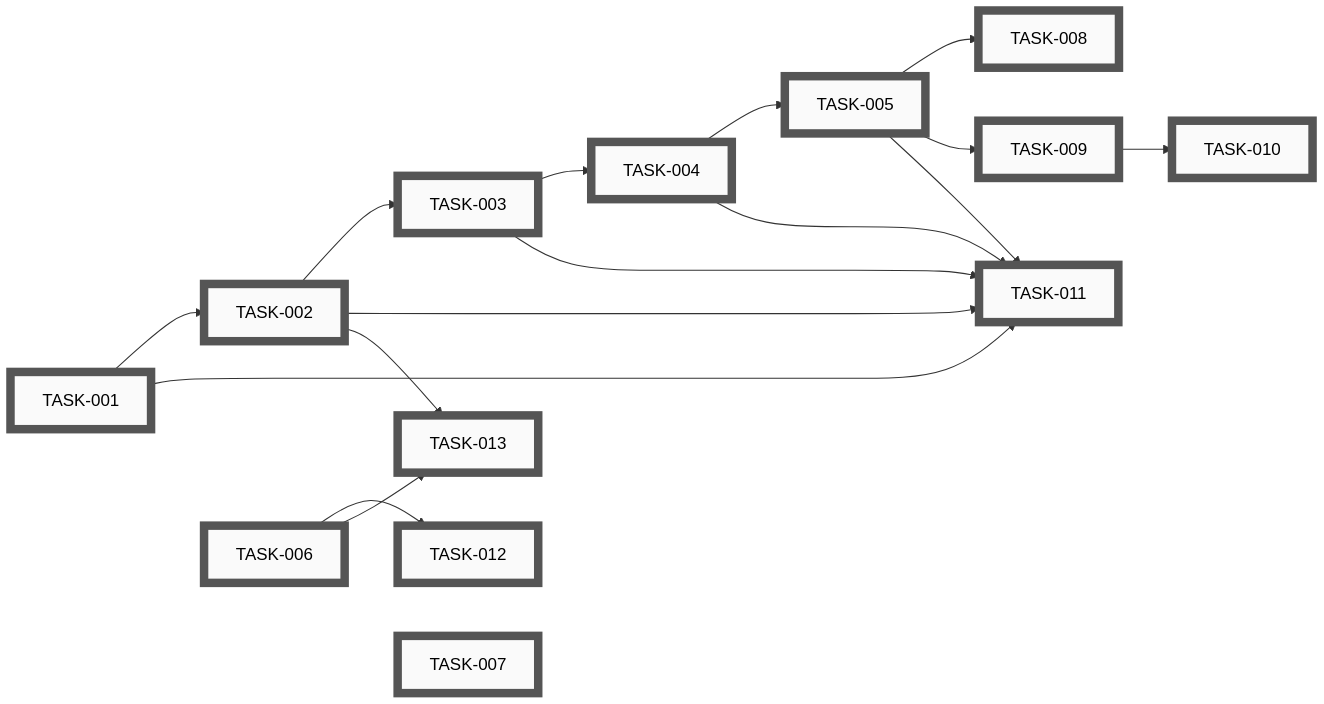
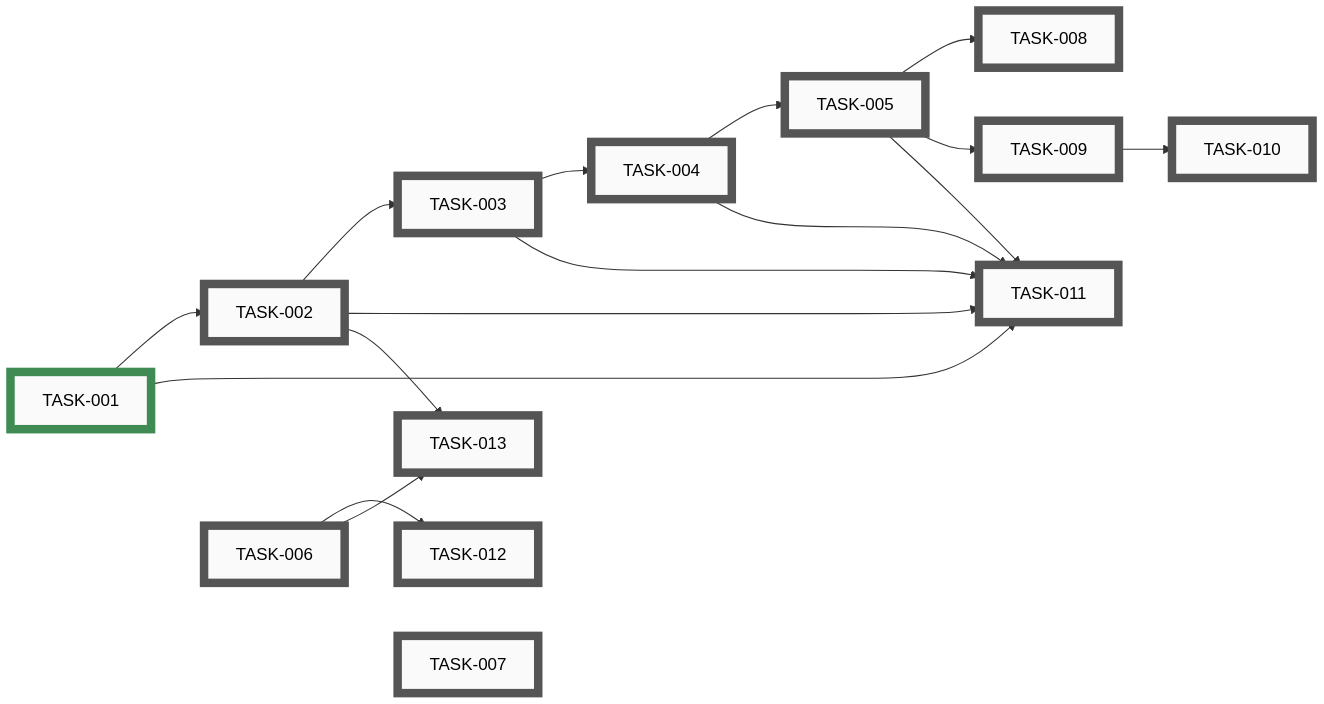
The diagram in docs/developers/tasks/EPICS.md (tgd1975/PartsLedger), drawn with Mermaid before and after one commit. The commit also changed other lines of this file and 35 other files, not shown here.

First line of the commit message:
close TASK-001: Delete awesome-task-system/ and scripts/sync_task_system.py

````diff
--- a/docs/developers/tasks/EPICS.md
+++ b/docs/developers/tasks/EPICS.md
@@ -21,53 +21,53 @@
 ```mermaid
 graph LR
-    TASK_001["TASK-001"]:::open
     TASK_002["TASK-002"]:::open
     TASK_003["TASK-003"]:::open
     TASK_004["TASK-004"]:::open
     TASK_005["TASK-005"]:::open
     TASK_006["TASK-006"]:::open
     TASK_007["TASK-007"]:::open
     TASK_008["TASK-008"]:::open
     TASK_009["TASK-009"]:::open
     TASK_010["TASK-010"]:::open
     TASK_011["TASK-011"]:::open
     TASK_012["TASK-012"]:::open
     TASK_013["TASK-013"]:::open
+    TASK_001["TASK-001"]:::closed
     TASK_001 --> TASK_002
     TASK_002 --> TASK_003
     TASK_003 --> TASK_004
     TASK_004 --> TASK_005
     TASK_005 --> TASK_008
     TASK_005 --> TASK_009
     TASK_009 --> TASK_010
     TASK_001 --> TASK_011
     TASK_002 --> TASK_011
     TASK_003 --> TASK_011
     TASK_004 --> TASK_011
     TASK_005 --> TASK_011
     TASK_006 --> TASK_012
     TASK_002 --> TASK_013
     TASK_006 --> TASK_013
     TASK_001 ~~~ TASK_006 ~~~ TASK_007
-    click TASK_001 "open/task-001-delete-sync-layer.md"
     click TASK_002 "open/task-002-python-skeleton.md"
     click TASK_003 "open/task-003-replace-pre-commit.md"
     click TASK_004 "open/task-004-upgrade-commit-skill.md"
     click TASK_005 "open/task-005-settings-json.md"
     click TASK_006 "open/task-006-docs-verbatim-port.md"
     click TASK_007 "open/task-007-architecture-doc.md"
     click TASK_008 "open/task-008-security-review-hooks.md"
     click TASK_009 "open/task-009-codeowner-mechanism.md"
     click TASK_010 "open/task-010-codeowner-starter-skills.md"
     click TASK_011 "open/task-011-claude-md-rewrite.md"
     click TASK_012 "open/task-012-epic-run-and-autonomy.md"
     click TASK_013 "open/task-013-apply-branch-protection.md"
+    click TASK_001 "closed/task-001-delete-sync-layer.md"
     classDef open    fill:#FAFAFA,stroke:#555,stroke-width:8px,color:#000
     classDef active  fill:#FAFAFA,stroke:#1A6FA8,stroke-width:8px,color:#000
     classDef closed  fill:#FAFAFA,stroke:#3F8B53,stroke-width:8px,color:#000
     classDef paused  fill:#FAFAFA,stroke:#B07810,stroke-width:8px,color:#000
     classDef openExt    fill:#000,stroke:#888,stroke-width:8px,color:#FFF
     classDef activeExt  fill:#000,stroke:#3FA9F5,stroke-width:8px,color:#FFF
     classDef closedExt  fill:#000,stroke:#7CC68A,stroke-width:8px,color:#FFF
     classDef pausedExt  fill:#000,stroke:#F0B030,stroke-width:8px,color:#FFF
 ```
````
